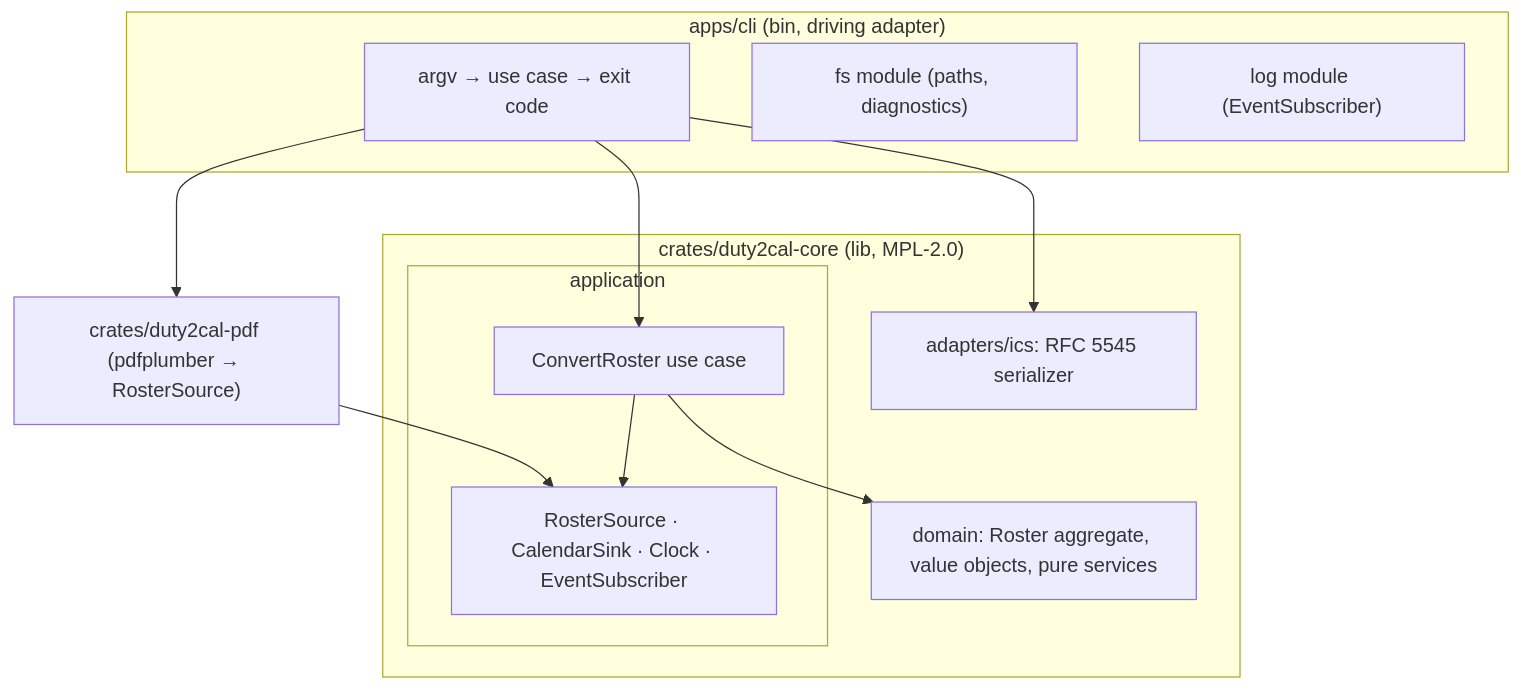
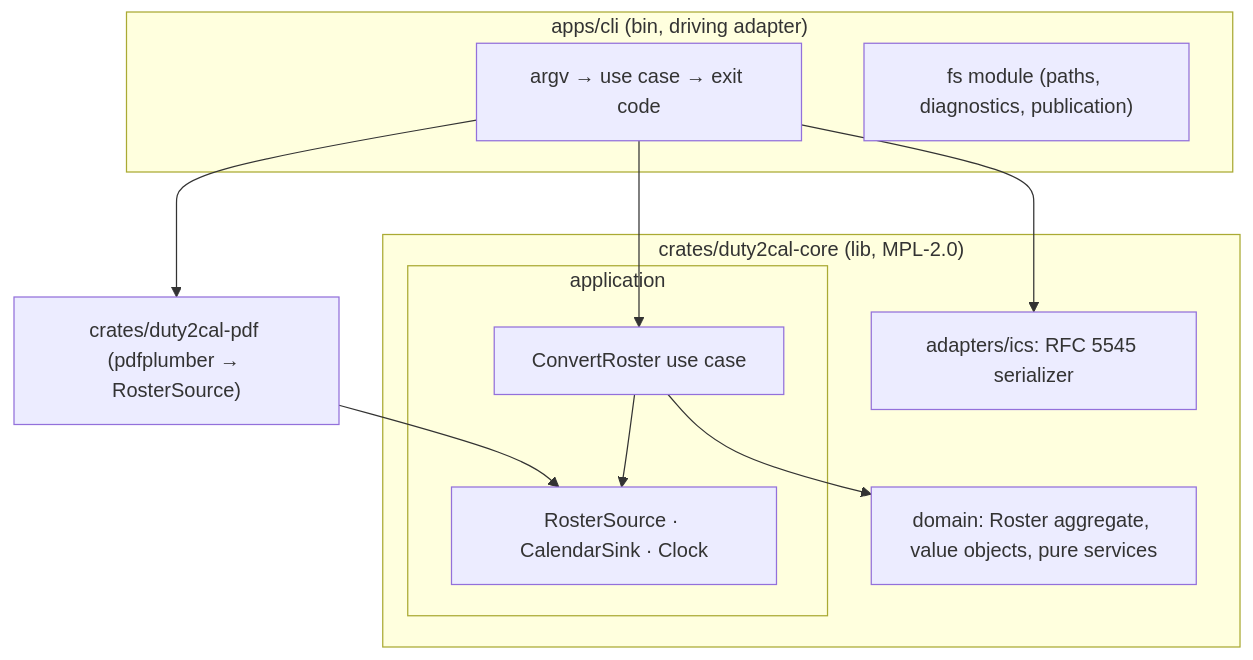
Before and after one commit to duty2cal/duty2cal: the diagram in givn/changes/export-released-roster-calendar/design.md, drawn with Mermaid. The commit also changed other lines of this file and 10 other files, not shown here.

First line of the commit message:
docs: correct the architecture documentation against the implementation

````diff
--- a/givn/changes/export-released-roster-calendar/design.md
+++ b/givn/changes/export-released-roster-calendar/design.md
@@ -31,23 +31,22 @@
 ```mermaid
 flowchart TB
   subgraph app["apps/cli (bin, driving adapter)"]
     CLI["argv → use case → exit code"]
-    FS["fs module (paths, diagnostics)"]
-    LOG["log module (EventSubscriber)"]
+    FS["fs module (paths, diagnostics, publication)"]
   end
   subgraph core["crates/duty2cal-core (lib, MPL-2.0)"]
     subgraph appmod["application"]
-      Ports["RosterSource · CalendarSink · Clock · EventSubscriber"]
+      Ports["RosterSource · CalendarSink · Clock"]
       UC["ConvertRoster use case"]
     end
     DOM["domain: Roster aggregate, value objects, pure services"]
     ICS["adapters/ics: RFC 5545 serializer"]
   end
   PDF["crates/duty2cal-pdf (pdfplumber → RosterSource)"]
   CLI --> UC
   CLI --> PDF
   CLI --> ICS
   UC --> DOM
   UC --> Ports
   PDF --> Ports
 ```
````
